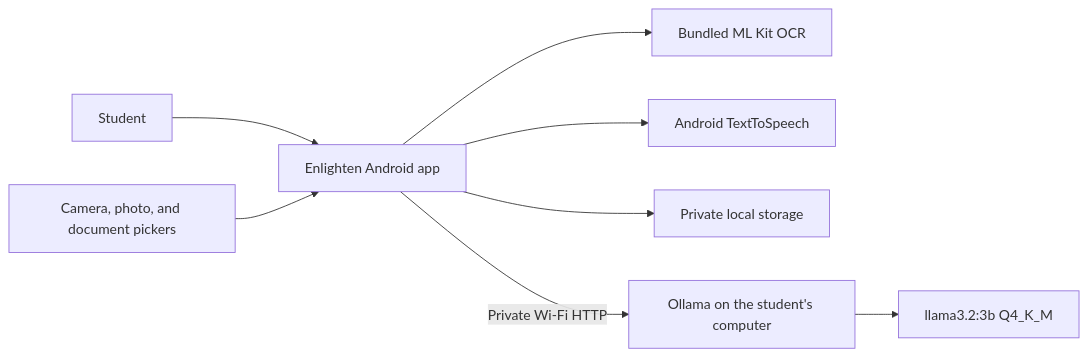
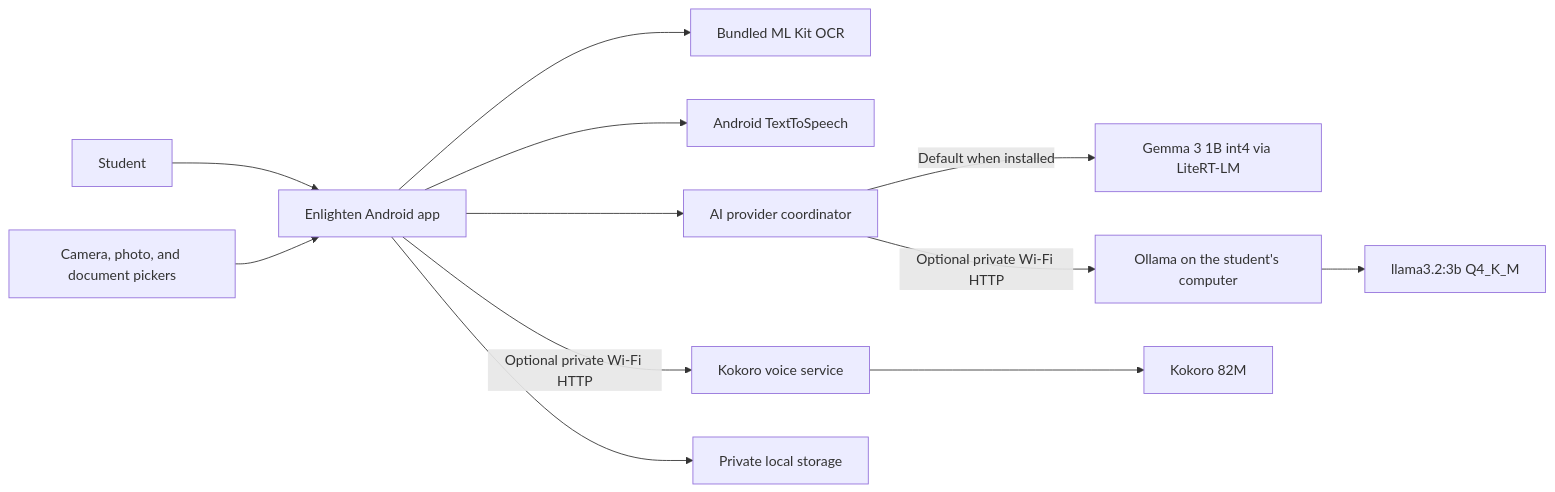
Before and after one commit to mohammedfazilamer-hash/enlighten: the diagram in README.md, drawn with Mermaid. The commit also changed other lines of this file and 24 other files, not shown here.

Commit message:
Add on-device Gemma AI and local voice support

````diff
--- a/README.md
+++ b/README.md
@@ -46,10 +48,14 @@
 ```mermaid
 flowchart LR
     Student[Student] --> App[Enlighten Android app]
     Picker[Camera, photo, and document pickers] --> App
     App --> OCR[Bundled ML Kit OCR]
     App --> TTS[Android TextToSpeech]
+    App --> AI[AI provider coordinator]
+    AI -->|Default when installed| PhoneModel[Gemma 3 1B int4 via LiteRT-LM]
+    AI -->|Optional private Wi-Fi HTTP| Ollama[Ollama on the student's computer]
+    Ollama --> PCModel[llama3.2:3b Q4_K_M]
+    App -->|Optional private Wi-Fi HTTP| Voice[Kokoro voice service]
     App --> Storage[Private local storage]
-    App -->|Private Wi-Fi HTTP| Ollama[Ollama on the student's computer]
-    Ollama --> Model[llama3.2:3b Q4_K_M]
+    Voice --> Kokoro[Kokoro 82M]
 ```
````
